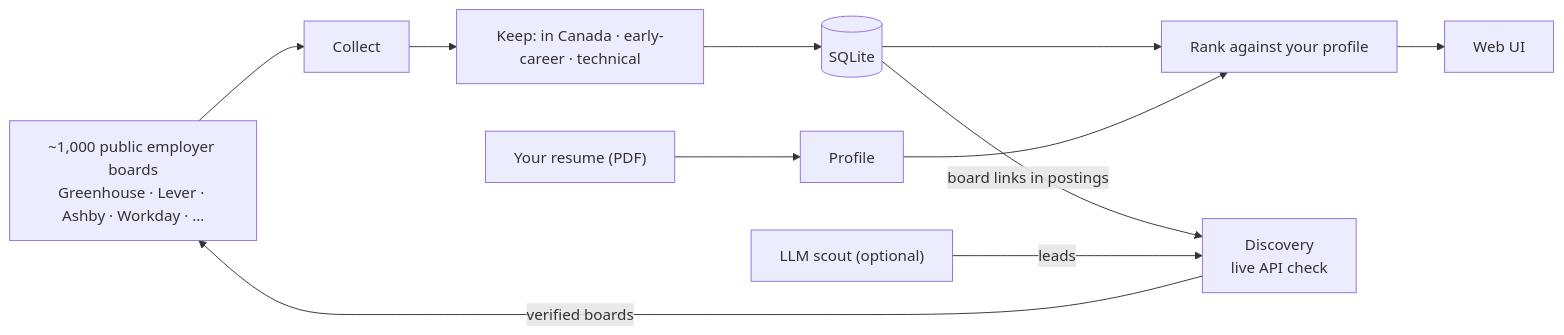
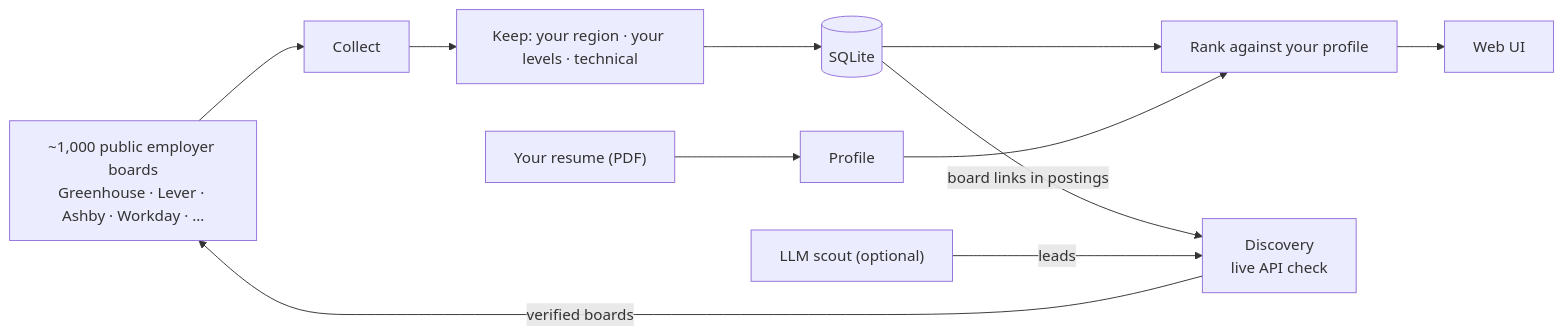
One commit to QuestyFella/career-radar changed the diagram in README.md. Above: the diagram before and after it, drawn with Mermaid. The commit also changed other lines of this file and 25 other files, not shown here.

First line of the commit message:
Add configurable regions and all career levels

````diff
--- a/README.md
+++ b/README.md
@@ -44,13 +50,13 @@
 ```mermaid
 flowchart LR
     boards["~1,000 public employer boards<br/>Greenhouse · Lever · Ashby · Workday · …"] --> collect[Collect]
-    collect --> filter["Keep: in Canada · early-career · technical"]
+    collect --> filter["Keep: your region · your levels · technical"]
     filter --> db[(SQLite)]
     resume["Your resume (PDF)"] --> profile[Profile]
     db --> rank["Rank against your profile"]
     profile --> rank
     rank --> ui[Web UI]
     db -- "board links in postings" --> discover["Discovery<br/>live API check"]
     scout["LLM scout (optional)"] -- leads --> discover
     discover -- "verified boards" --> boards
 ```
````
